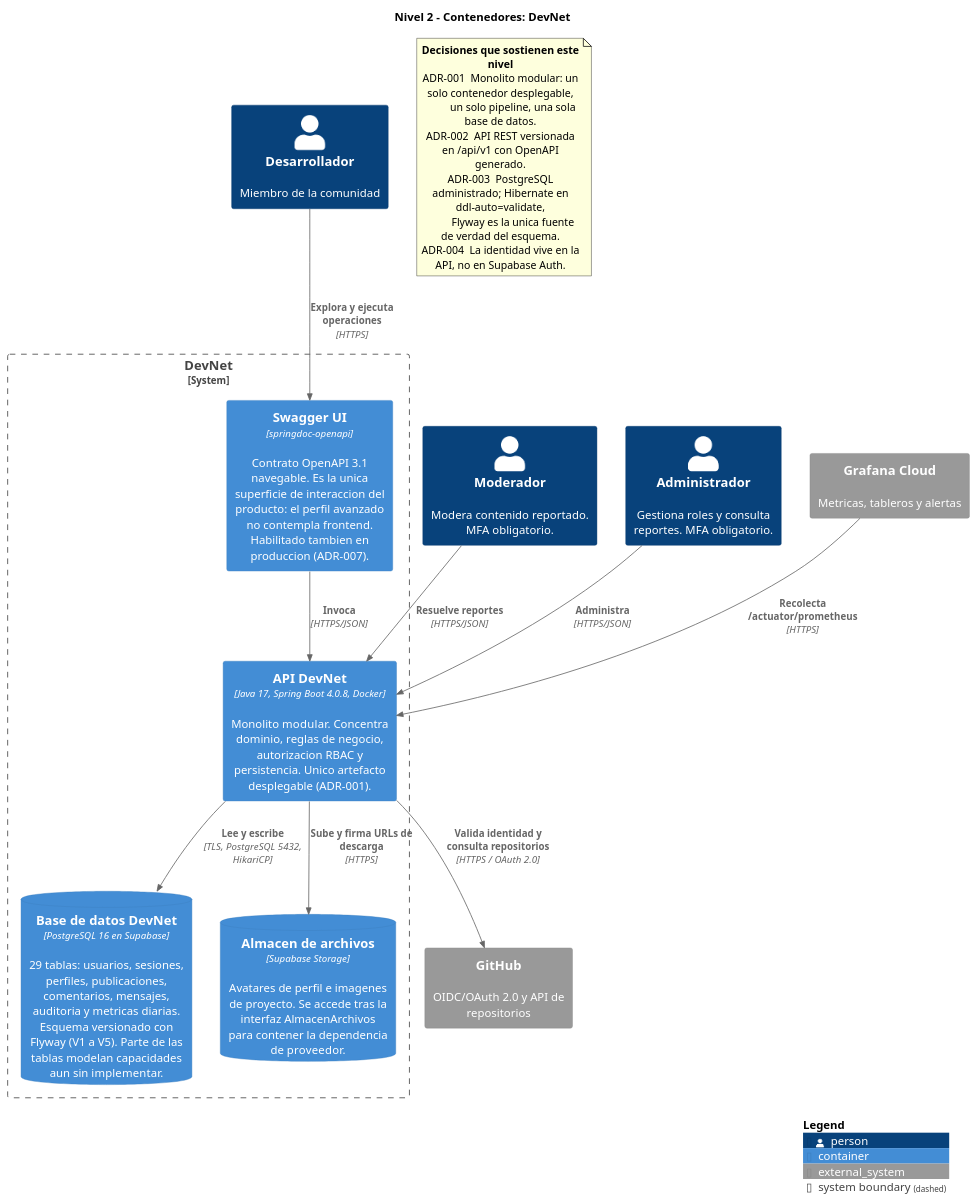
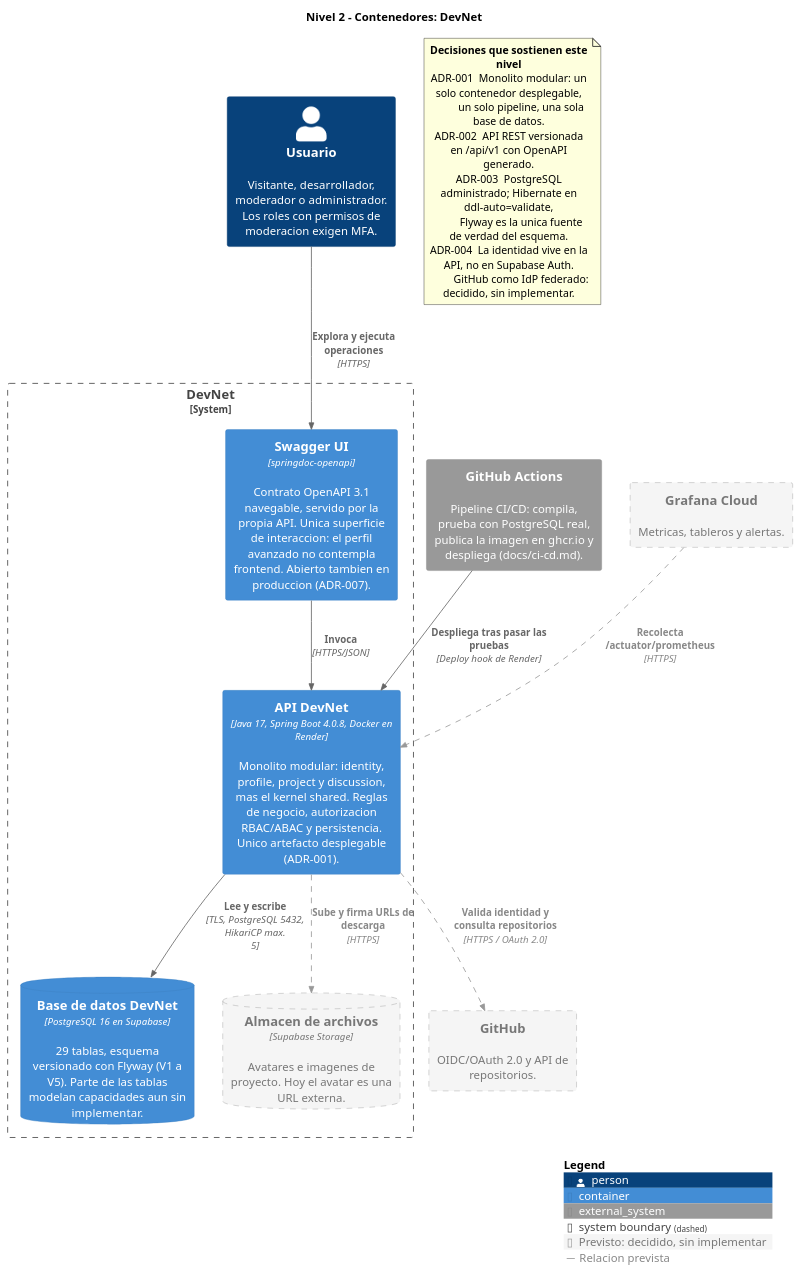
One commit to EAP02/EAP02-Back changed the diagram in docs/arquitectura/c4-02-contenedores.puml. Above: the diagram before and after it, drawn with PlantUML. The commit also changed 3 other files, not shown here.

Commit message:
Diagramas de despliegue y C4 alineados con lo desplegado; lo previsto, marcado

```diff
--- a/docs/arquitectura/c4-02-contenedores.puml
+++ b/docs/arquitectura/c4-02-contenedores.puml
@@ -1,45 +1,52 @@
 @startuml c4-02-contenedores
 ' DevNet - Red Social para Desarrolladores
 ' C4 Nivel 2: Diagrama de Contenedores
+'
+' §4.1: los diagramas deben coincidir con el codigo y la infraestructura desplegada.
+' Lo previsto se dibuja con borde discontinuo y la etiqueta "previsto".
+' Revisado en el sprint 2.
+'
 ' Sin conexion a internet, reemplazar el include por: !include <C4/C4_Container>
 !include https://raw.githubusercontent.com/plantuml-stdlib/C4-PlantUML/master/C4_Container.puml
 
+AddElementTag("previsto", $fontColor="#777777", $borderColor="#999999", $bgColor="#F5F5F5", $borderStyle=DashedLine(), $legendText="Previsto: decidido, sin implementar")
+AddRelTag("previsto", $textColor="#888888", $lineColor="#999999", $lineStyle=DashedLine(), $legendText="Relacion prevista")
+
 title Nivel 2 - Contenedores: DevNet
 
-Person(desarrollador, "Desarrollador", "Miembro de la comunidad")
-Person(moderador, "Moderador", "Modera contenido reportado. MFA obligatorio.")
-Person(administrador, "Administrador", "Gestiona roles y consulta reportes. MFA obligatorio.")
+Person(usuario, "Usuario", "Visitante, desarrollador, moderador o administrador. Los roles con permisos de moderacion exigen MFA.")
 
 System_Boundary(devnet, "DevNet") {
-    Container(api, "API DevNet", "Java 17, Spring Boot 4.0.8, Docker", "Monolito modular. Concentra dominio, reglas de negocio, autorizacion RBAC y persistencia. Unico artefacto desplegable (ADR-001).")
-    Container(swagger, "Swagger UI", "springdoc-openapi", "Contrato OpenAPI 3.1 navegable. Es la unica superficie de interaccion del producto: el perfil avanzado no contempla frontend. Habilitado tambien en produccion (ADR-007).")
-    ContainerDb(bd, "Base de datos DevNet", "PostgreSQL 16 en Supabase", "29 tablas: usuarios, sesiones, perfiles, publicaciones, comentarios, mensajes, auditoria y metricas diarias. Esquema versionado con Flyway (V1 a V5). Parte de las tablas modelan capacidades aun sin implementar.")
-    ContainerDb(archivos, "Almacen de archivos", "Supabase Storage", "Avatares de perfil e imagenes de proyecto. Se accede tras la interfaz AlmacenArchivos para contener la dependencia de proveedor.")
+    Container(api, "API DevNet", "Java 17, Spring Boot 4.0.8, Docker en Render", "Monolito modular: identity, profile, project y discussion, mas el kernel shared. Reglas de negocio, autorizacion RBAC/ABAC y persistencia. Unico artefacto desplegable (ADR-001).")
+    Container(swagger, "Swagger UI", "springdoc-openapi", "Contrato OpenAPI 3.1 navegable, servido por la propia API. Unica superficie de interaccion: el perfil avanzado no contempla frontend. Abierto tambien en produccion (ADR-007).")
+    ContainerDb(bd, "Base de datos DevNet", "PostgreSQL 16 en Supabase", "29 tablas, esquema versionado con Flyway (V1 a V5). Parte de las tablas modelan capacidades aun sin implementar.")
+    ContainerDb(archivos, "Almacen de archivos", "Supabase Storage", "Avatares e imagenes de proyecto. Hoy el avatar es una URL externa.", $tags="previsto")
 }
 
-System_Ext(github, "GitHub", "OIDC/OAuth 2.0 y API de repositorios")
-System_Ext(grafana, "Grafana Cloud", "Metricas, tableros y alertas")
+System_Ext(actions, "GitHub Actions", "Pipeline CI/CD: compila, prueba con PostgreSQL real, publica la imagen en ghcr.io y despliega (docs/ci-cd.md).")
+System_Ext(github, "GitHub", "OIDC/OAuth 2.0 y API de repositorios.", $tags="previsto")
+System_Ext(grafana, "Grafana Cloud", "Metricas, tableros y alertas.", $tags="previsto")
 
-Rel(desarrollador, swagger, "Explora y ejecuta operaciones", "HTTPS")
-Rel(moderador, api, "Resuelve reportes", "HTTPS/JSON")
-Rel(administrador, api, "Administra", "HTTPS/JSON")
+Rel(usuario, swagger, "Explora y ejecuta operaciones", "HTTPS")
 Rel(swagger, api, "Invoca", "HTTPS/JSON")
+Rel(api, bd, "Lee y escribe", "TLS, PostgreSQL 5432, HikariCP max. 5")
+Rel(actions, api, "Despliega tras pasar las pruebas", "Deploy hook de Render")
 
-Rel(api, bd, "Lee y escribe", "TLS, PostgreSQL 5432, HikariCP")
-Rel(api, archivos, "Sube y firma URLs de descarga", "HTTPS")
-Rel(api, github, "Valida identidad y consulta repositorios", "HTTPS / OAuth 2.0")
-Rel(grafana, api, "Recolecta /actuator/prometheus", "HTTPS")
+Rel(api, archivos, "Sube y firma URLs de descarga", "HTTPS", $tags="previsto")
+Rel(api, github, "Valida identidad y consulta repositorios", "HTTPS / OAuth 2.0", $tags="previsto")
+Rel(grafana, api, "Recolecta /actuator/prometheus", "HTTPS", $tags="previsto")
 
 SHOW_LEGEND()
 
 note as N1
   <b>Decisiones que sostienen este nivel</b>
   ADR-001  Monolito modular: un solo contenedor desplegable,
            un solo pipeline, una sola base de datos.
   ADR-002  API REST versionada en /api/v1 con OpenAPI generado.
   ADR-003  PostgreSQL administrado; Hibernate en ddl-auto=validate,
            Flyway es la unica fuente de verdad del esquema.
   ADR-004  La identidad vive en la API, no en Supabase Auth.
+           GitHub como IdP federado: decidido, sin implementar.
 end note
 
 @enduml
```
